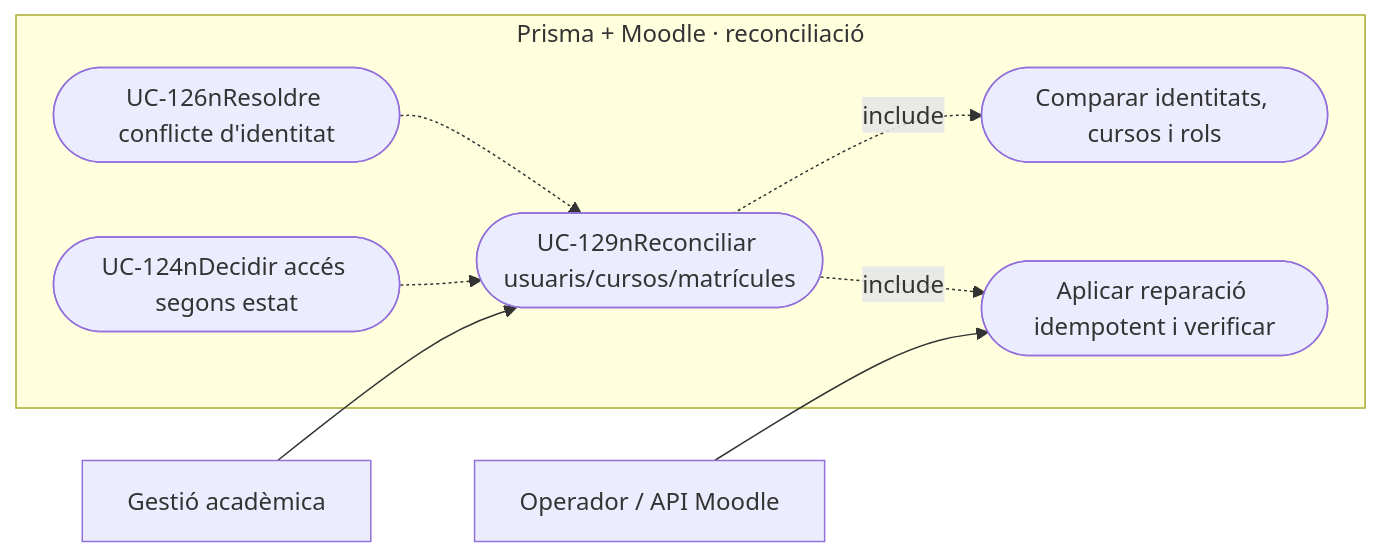
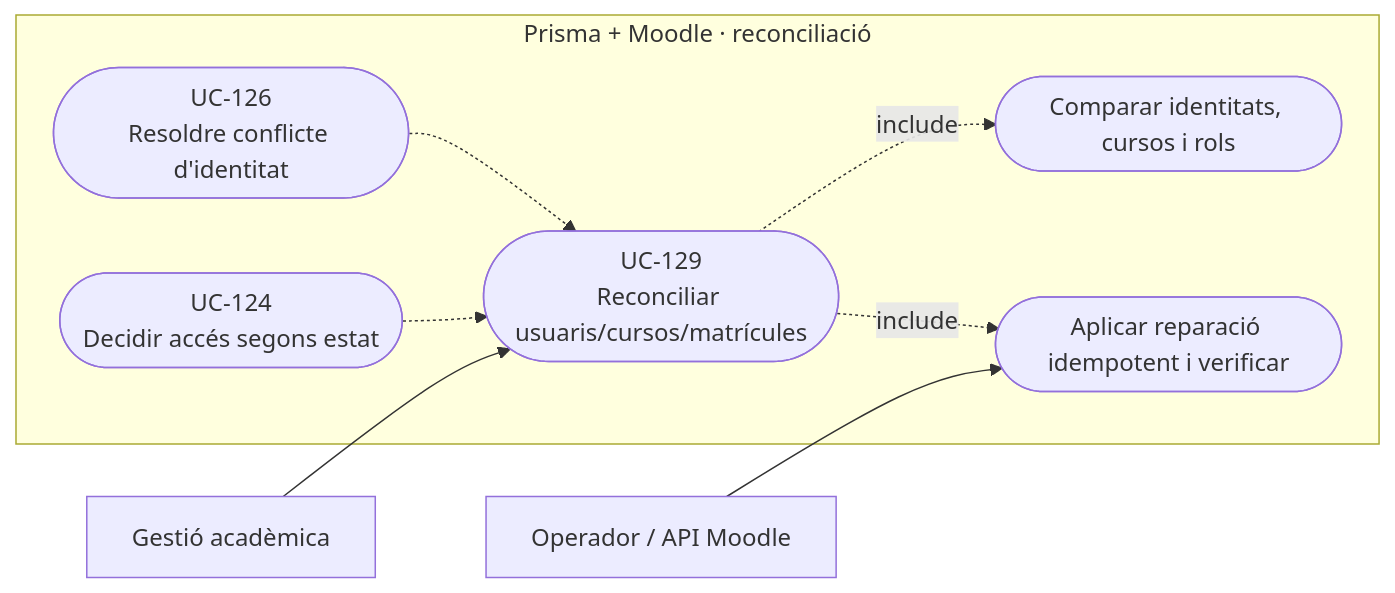
One commit to orgmeriemprismacat-del/verifactu changed the second of 4 diagrams in documentacio/07-uml-integrat/uc-129-reconciliar-prisma-moodle-matricules.md. Above: the diagram before and after it, drawn with Mermaid.

Commit message:
docs(uml): corregir salts Mermaid UC-129

````diff
--- a/documentacio/07-uml-integrat/uc-129-reconciliar-prisma-moodle-matricules.md
+++ b/documentacio/07-uml-integrat/uc-129-reconciliar-prisma-moodle-matricules.md
@@ -93,18 +93,18 @@
 ```mermaid
 flowchart LR
   a_0["Gestió acadèmica"]
   a_1["Operador / API Moodle"]
   subgraph SIF_BOUNDARY["Prisma + Moodle · reconciliació"]
-    u_0(["UC-129nReconciliar usuaris/cursos/matrícules"])
+    u_0(["UC-129<br/>Reconciliar usuaris/cursos/matrícules"])
     u_1(["Comparar identitats, cursos i rols"])
-    u_2(["UC-126nResoldre conflicte d'identitat"])
-    u_3(["UC-124nDecidir accés segons estat"])
+    u_2(["UC-126<br/>Resoldre conflicte d'identitat"])
+    u_3(["UC-124<br/>Decidir accés segons estat"])
     u_4(["Aplicar reparació idempotent i verificar"])
   end
   a_0 --> u_0
   a_1 --> u_4
   u_0 -.->|include| u_1
   u_2 -.-> u_0
   u_3 -.-> u_0
   u_0 -.->|include| u_4
 ```
````
